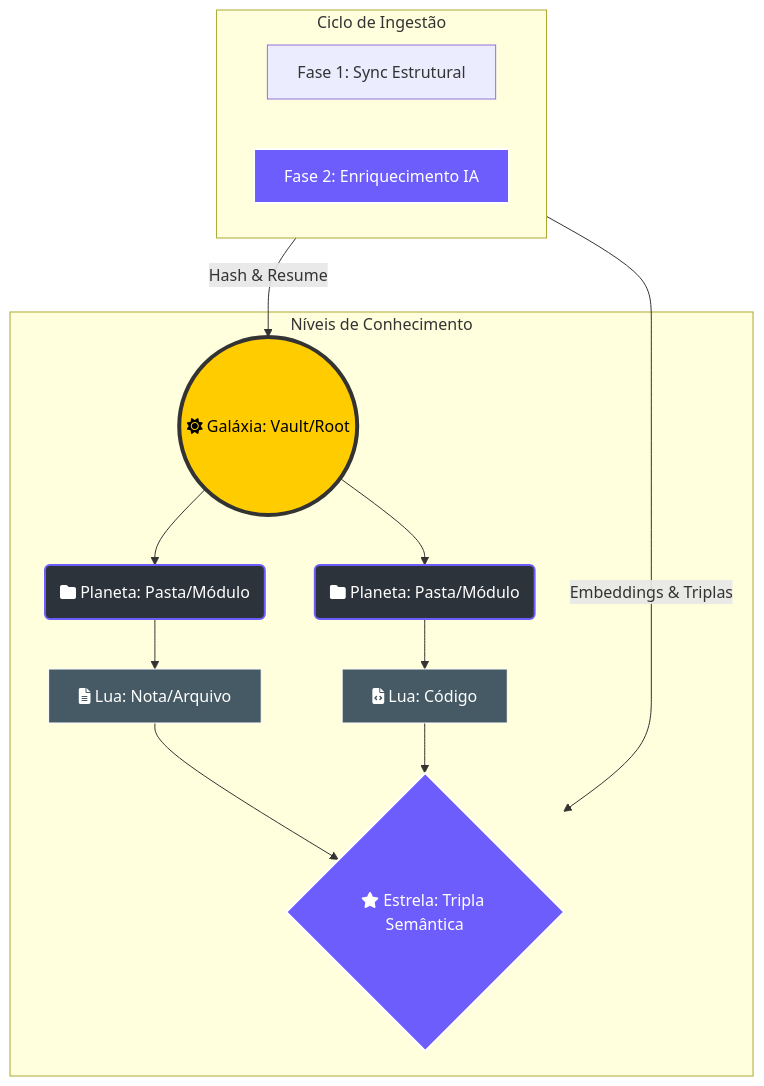
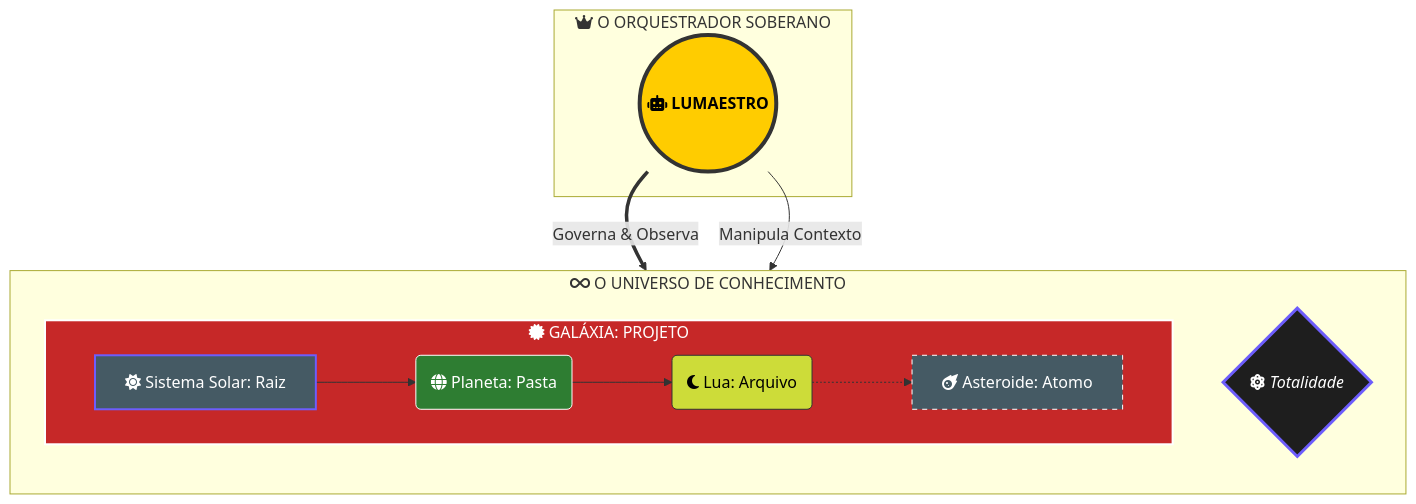
The diagram in docs/architecture/CONTEXT_FLOW_RAG.md (jvkabum/Lumaestro), drawn with Mermaid before and after one commit. The commit also changed other lines of this file and 4 other files, not shown here.

First line of the commit message:
feat(cosmos): implement sovereign orchestration & celestial hierarchy

````diff
--- a/docs/architecture/CONTEXT_FLOW_RAG.md
+++ b/docs/architecture/CONTEXT_FLOW_RAG.md
@@ -17,38 +17,43 @@
 ```mermaid
 flowchart TD
-    %% Estilos
-    classDef galaxy fill:#ffcc00,stroke:#333,stroke-width:4px,color:#000
-    classDef planet fill:#2d333b,stroke:#6d5dfc,stroke-width:2px,color:#fff
-    classDef moon fill:#455a64,stroke:#fff,stroke-width:1px,color:#fff
-    classDef ia fill:#6d5dfc,stroke:#fff,stroke-width:2px,color:#fff
+    %% Definições de Estilo de Elite
+    classDef orchestrator fill:#ffcc00,stroke:#333,stroke-width:4px,color:#000,font-weight:bold
+    classDef universe fill:#1e1e1e,stroke:#6d5dfc,stroke-width:3px,color:#fff,font-style:italic
+    classDef galaxy fill:#c62828,stroke:#fff,stroke-width:2px,color:#fff
+    classDef sol fill:#455a64,stroke:#6d5dfc,stroke-width:2px,color:#fff
+    classDef planet fill:#2e7d32,stroke:#fff,stroke-width:1px,color:#fff
+    classDef moon fill:#cddc39,stroke:#333,stroke-width:1px,color:#000
+    classDef asteroid fill:#455a64,stroke:#fff,stroke-dasharray: 5 5,color:#fff
 
-    subgraph Cosmos [Níveis de Conhecimento]
-        G((fa:fa-sun Galáxia: Vault/Root))
-        P1(fa:fa-folder Planeta: Pasta/Módulo)
-        P2(fa:fa-folder Planeta: Pasta/Módulo)
-        M1[fa:fa-file-alt Lua: Nota/Arquivo]
-        M2[fa:fa-file-code Lua: Código]
-        S{fa:fa-star Estrela: Tripla Semântica}
+    %% O Poder Supremo
+    subgraph Sovereign ["fa:fa-crown O ORQUESTRADOR SOBERANO"]
+        MAESTRO((fa:fa-robot LUMAESTRO)):::orchestrator
     end
 
-    subgraph Pipeline [Ciclo de Ingestão]
-        direction LR
-        F1[Fase 1: Sync Estrutural]
-        F2[Fase 2: Enriquecimento IA]
+    %% O Domínio de Dados
+    subgraph Cosmos ["fa:fa-infinity O UNIVERSO DE CONHECIMENTO"]
+        direction TB
+        UNIV{fa:fa-atom Totalidade}:::universe
+        
+        subgraph G1 ["fa:fa-certificate GALÁXIA: PROJETO"]
+            direction LR
+            SOL[fa:fa-sun Sistema Solar: Raiz]:::sol
+            SOL --> PLANET(fa:fa-globe Planeta: Pasta):::planet
+            PLANET --> MOON(fa:fa-moon Lua: Arquivo):::moon
+            MOON -.-> AST[fa:fa-meteor Asteroide: Atomo]:::asteroid
+        end
     end
 
-    %% Conexões
-    G --> P1 & P2
-    P1 --> M1
-    P2 --> M2
-    M1 & M2 --> S
+    %% Conexões de Gravidade e Comando
+    MAESTRO ==>|Governa & Observa| UNIV
+    MAESTRO -- "Manipula Contexto" --> G1
 
-    F1 -->|Hash & Resume| G
-    F2 -->|Embeddings & Triplas| S
-
-    %% Estilos
-    class G galaxy
-    class P1,P2 planet
-    class M1,M2 moon
-    class S,F2 ia
+    %% Aplicação de Classes
+    class MAESTRO orchestrator
+    class UNIV universe
+    class G1 galaxy
+    class SOL sol
+    class PLANET planet
+    class MOON moon
+    class AST asteroid
 ```
````
